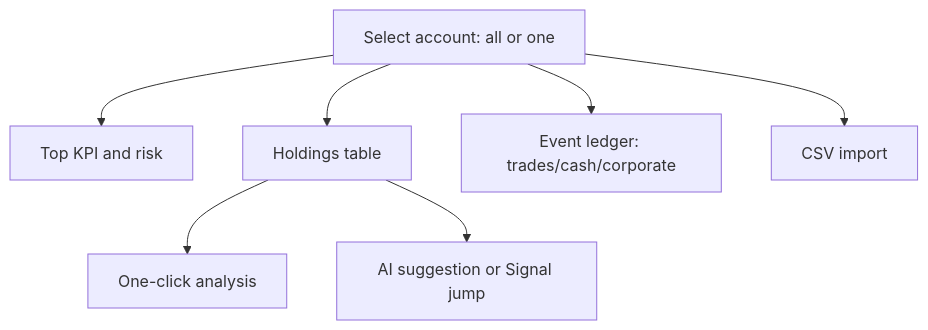
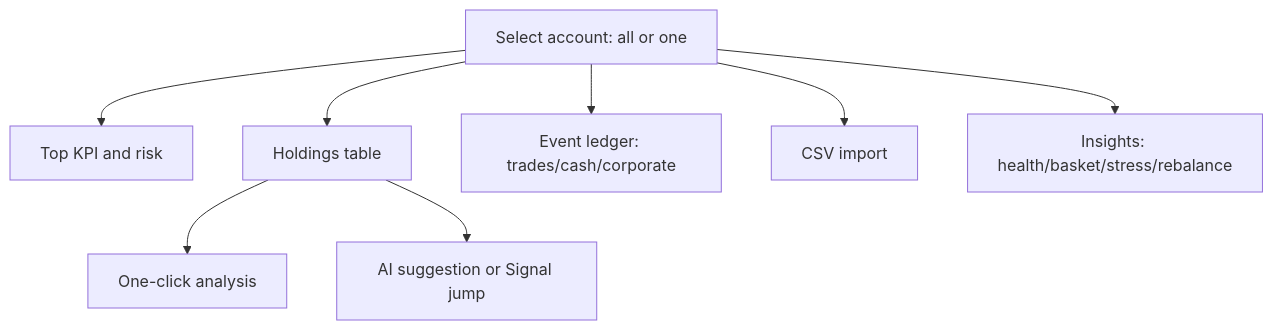
Before and after one commit to SiinXu/stock-pulse-ai: the diagram in docs/ui-manual/07-portfolio_EN.md, drawn with Mermaid. The commit also changed other lines of this file and 195 other files, not shown here.

````diff
--- a/docs/ui-manual/07-portfolio_EN.md
+++ b/docs/ui-manual/07-portfolio_EN.md
@@ -35,9 +35,10 @@
 ```mermaid
 flowchart TB
   A[Select account: all or one] --> B[Top KPI and risk]
   A --> C[Holdings table]
   A --> D[Event ledger: trades/cash/corporate]
   A --> E[CSV import]
+  A --> H[Insights: health/basket/stress/rebalance]
   C --> F[One-click analysis]
   C --> G[AI suggestion or Signal jump]
 ```
````
